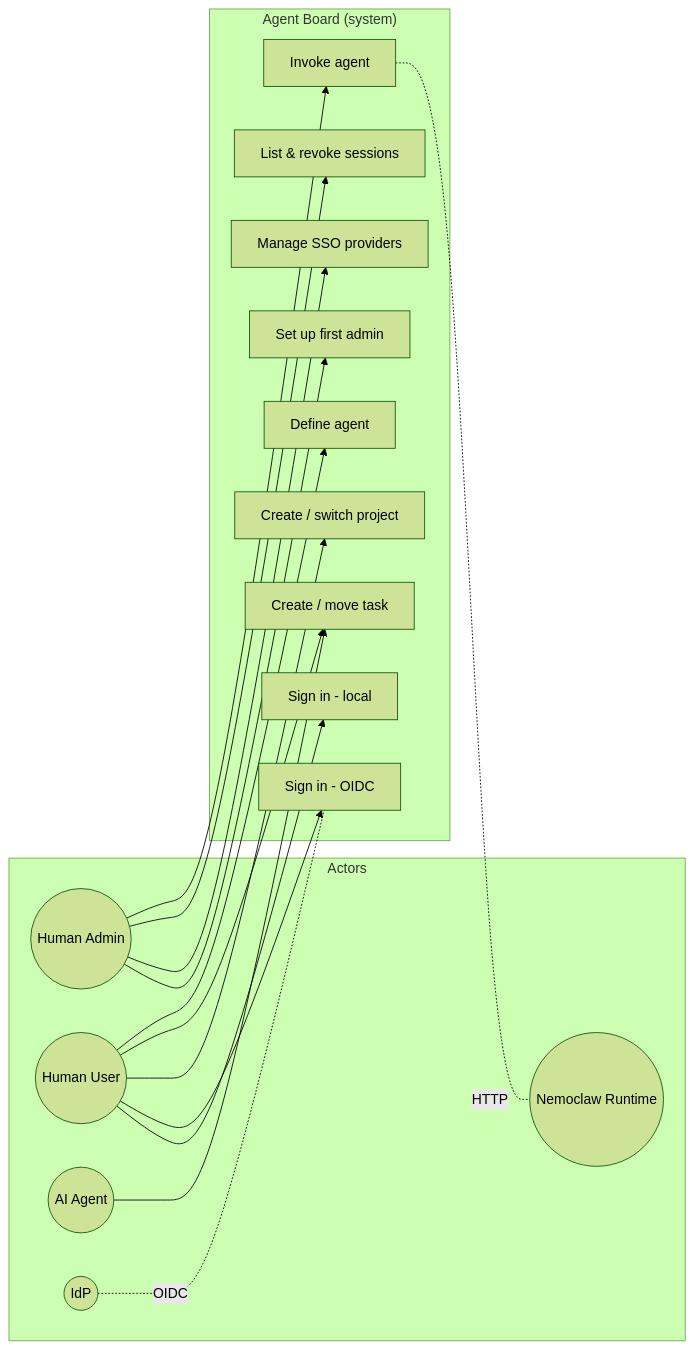
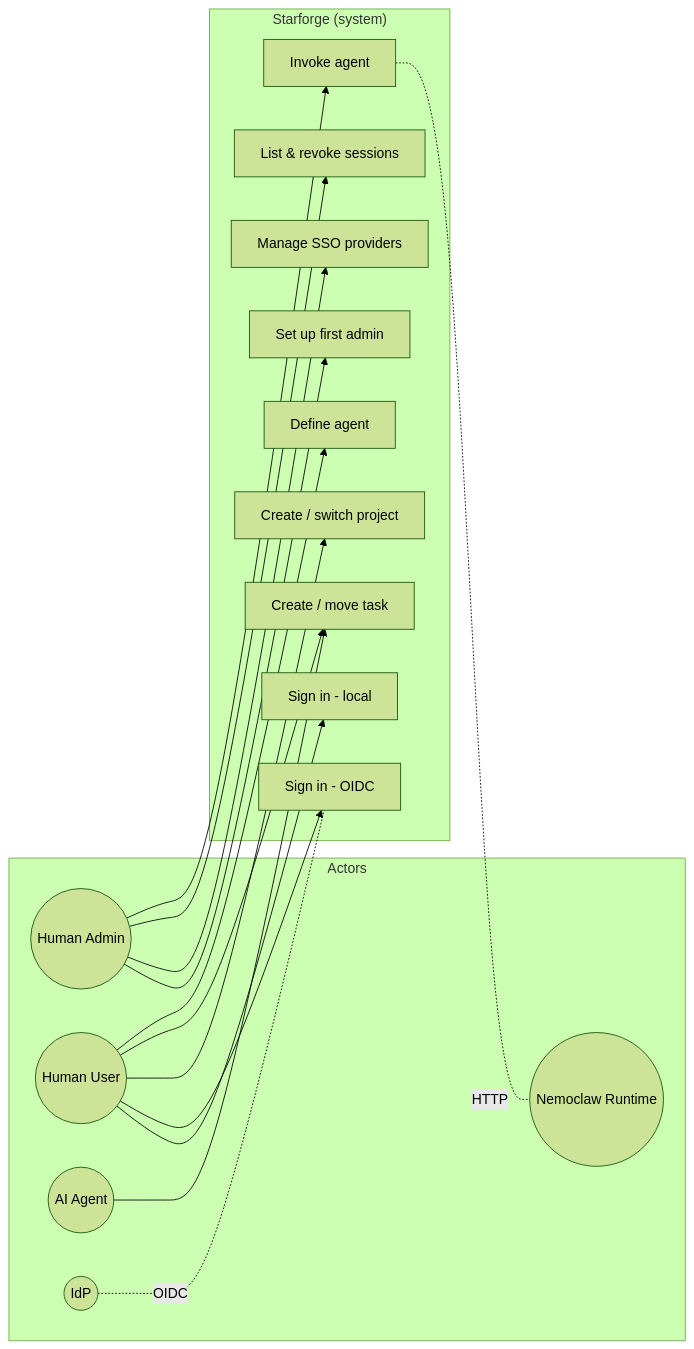
One commit to TravisDev/Starforge changed the second of 12 diagrams in README.md. Above: the diagram before and after it, drawn with Mermaid (forest theme). The commit also changed other lines of this file and 9 other files, not shown here.

First line of the commit message:
Rebrand: Agent Board → Starforge

````diff
--- a/README.md
+++ b/README.md
@@ -275,35 +275,35 @@
 ```mermaid
 flowchart LR
   subgraph Actors
     A1((Human Admin))
     A2((Human User))
     A3((AI Agent))
     A4((IdP))
     A5((Nemoclaw Runtime))
   end
 
-  subgraph SystemBoundary["Agent Board (system)"]
+  subgraph SystemBoundary["Starforge (system)"]
     UC1[Set up first admin]
     UC2[Sign in - local]
     UC3[Sign in - OIDC]
     UC4[Manage SSO providers]
     UC5[Create / switch project]
     UC6[Create / move task]
     UC7[Define agent]
     UC8[Invoke agent]
     UC9[List & revoke sessions]
   end
 
   A1 --> UC1
   A1 --> UC4
   A1 --> UC9
   A2 --> UC2
   A2 --> UC3
   A2 --> UC5
   A2 --> UC6
   A2 --> UC7
   A3 --> UC6
   A4 -.OIDC.- UC3
   A1 --> UC8
   UC8 -.HTTP.- A5
 ```
````
